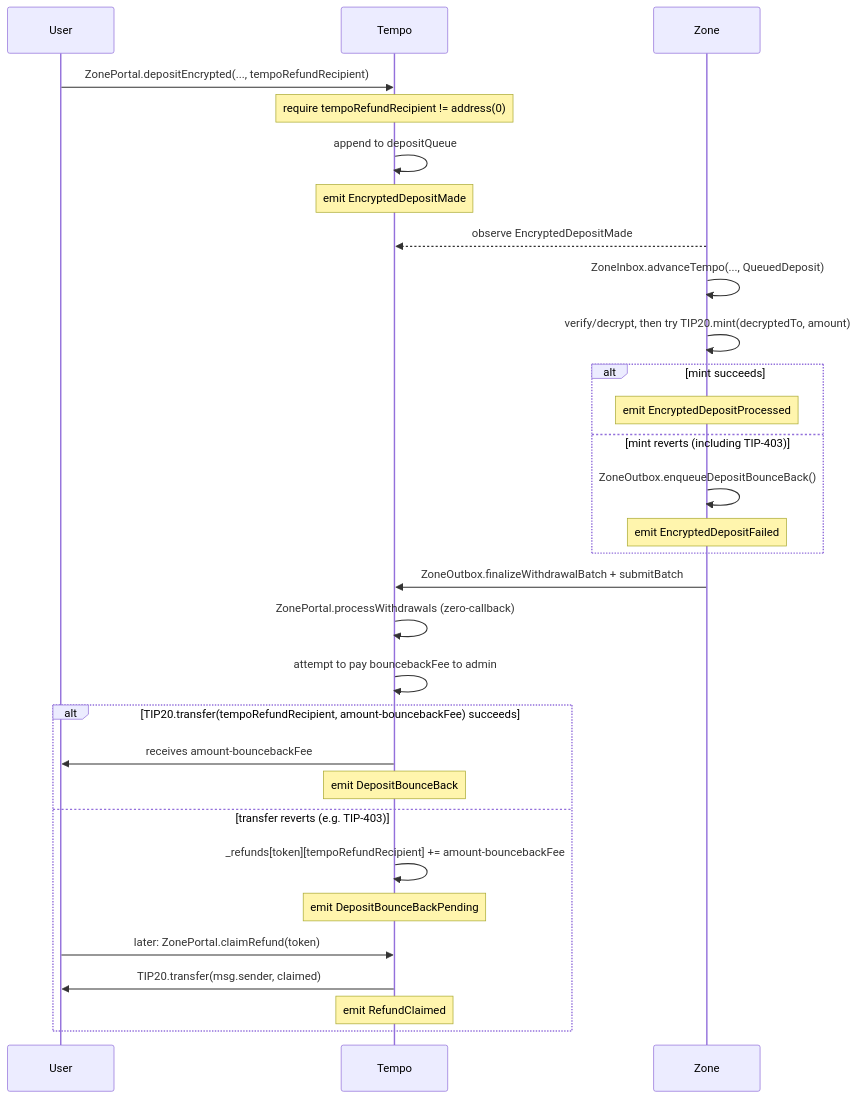
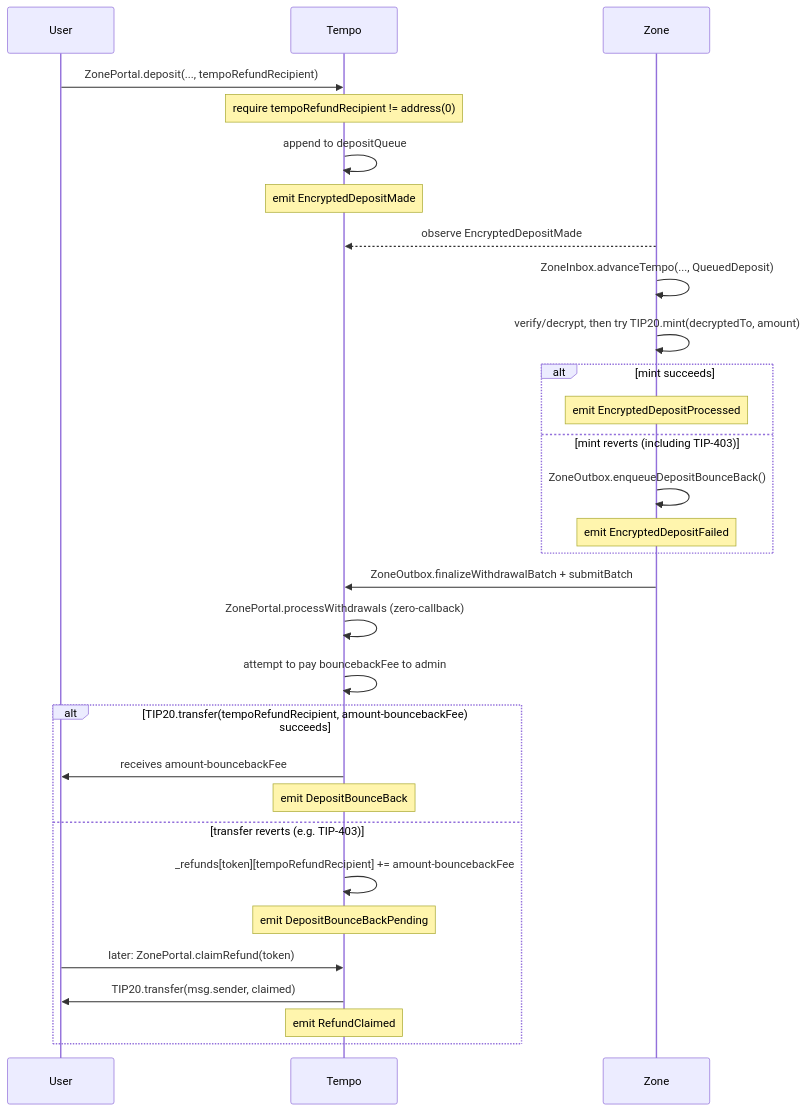
Before and after one commit to tempoxyz/zones: the third of 5 diagrams in specs/spec.md, drawn with Mermaid. The commit also changed other lines of this file and 25 other files, not shown here.

Commit message:
refactor: use deposit alias for encrypted deposits

````diff
--- a/specs/spec.md
+++ b/specs/spec.md
@@ -528,33 +528,33 @@
 ```mermaid
 sequenceDiagram
     participant U as User
     participant T as Tempo
     participant Z as Zone
 
-    U->>T: ZonePortal.depositEncrypted(..., tempoRefundRecipient)
+    U->>T: ZonePortal.deposit(..., tempoRefundRecipient)
     Note over T: require tempoRefundRecipient != address(0)
     T->>T: append to depositQueue
     Note over T: emit EncryptedDepositMade
     Z-->>T: observe EncryptedDepositMade
     Z->>Z: ZoneInbox.advanceTempo(..., QueuedDeposit)
     Z->>Z: verify/decrypt, then try TIP20.mint(decryptedTo, amount)
     alt mint succeeds
         Note over Z: emit EncryptedDepositProcessed
     else mint reverts (including TIP-403)
         Z->>Z: ZoneOutbox.enqueueDepositBounceBack()
         Note over Z: emit EncryptedDepositFailed
     end
     Z->>T: ZoneOutbox.finalizeWithdrawalBatch + submitBatch
     T->>T: ZonePortal.processWithdrawals (zero-callback)
     T->>T: attempt to pay bouncebackFee to admin
     alt TIP20.transfer(tempoRefundRecipient, amount-bouncebackFee) succeeds
         T->>U: receives amount-bouncebackFee
         Note over T: emit DepositBounceBack
     else transfer reverts (e.g. TIP-403)
         T->>T: _refunds[token][tempoRefundRecipient] += amount-bouncebackFee
         Note over T: emit DepositBounceBackPending
         U->>T: later: ZonePortal.claimRefund(token)
         T->>U: TIP20.transfer(msg.sender, claimed)
         Note over T: emit RefundClaimed
     end
 ```
````
